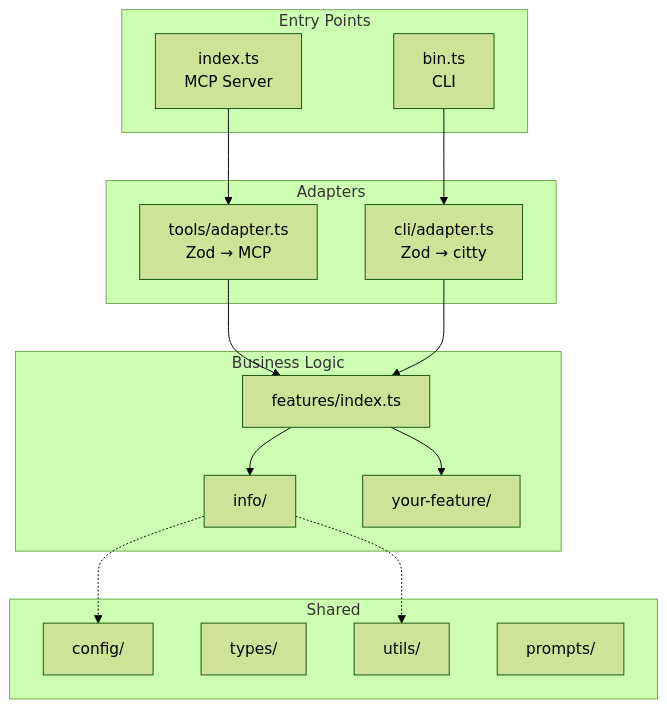
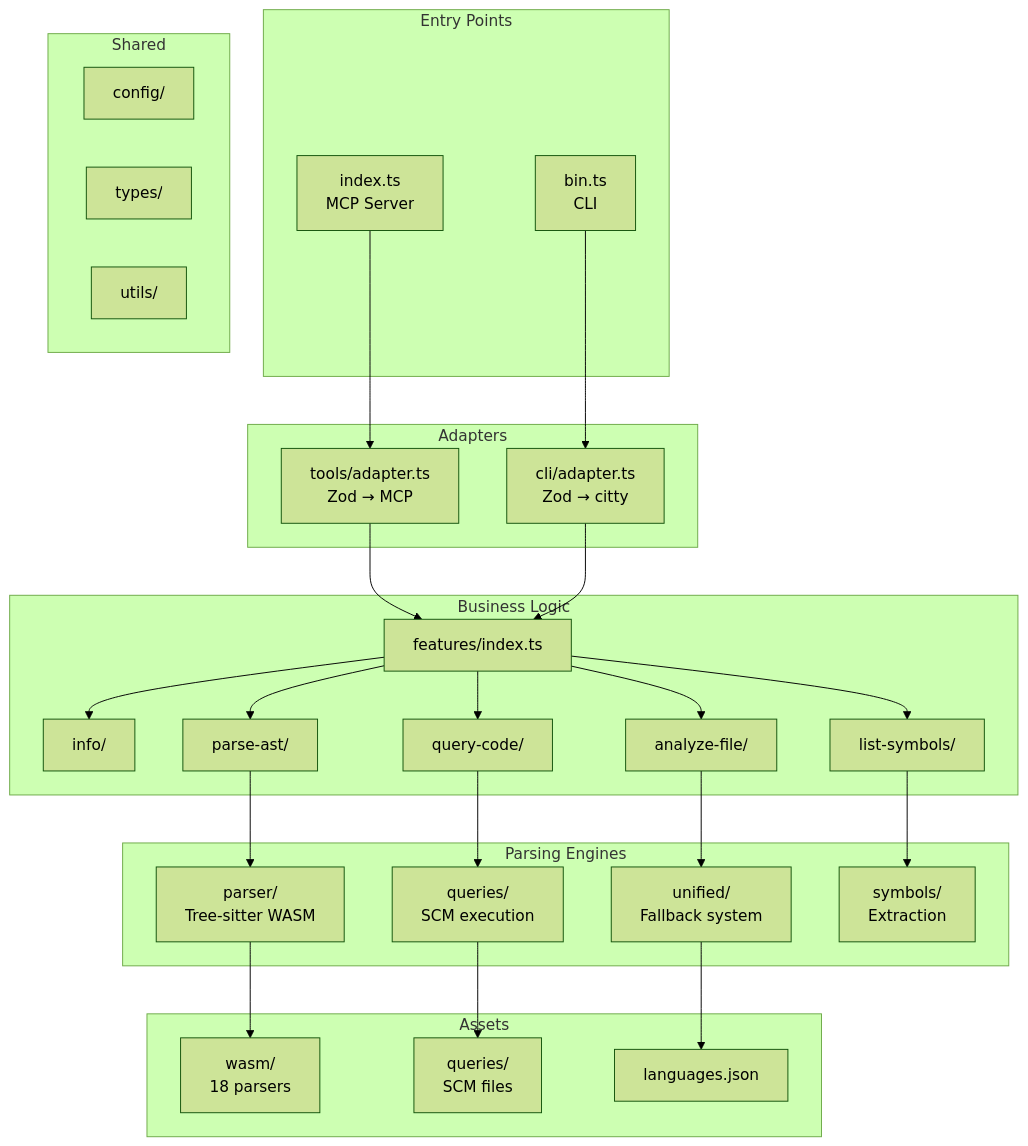
One commit to kvnpetit/structured-repo-context-mcp changed the first of 2 diagrams in GUIDE.md. Above: the diagram before and after it, drawn with Mermaid (forest theme). The commit also changed other lines of this file and 1 other file, not shown here.

First line of the commit message:
docs: update documentation for new code analysis features

````diff
--- a/GUIDE.md
+++ b/GUIDE.md
@@ -91,35 +112,59 @@
 ```mermaid
 graph TB
     subgraph Entry["Entry Points"]
         INDEX[index.ts<br/>MCP Server]
         BIN[bin.ts<br/>CLI]
     end
 
     subgraph Adapters["Adapters"]
         TOOLS[tools/adapter.ts<br/>Zod → MCP]
         CLI_ADAPT[cli/adapter.ts<br/>Zod → citty]
     end
 
-    subgraph Core["Business Logic"]
-        FEATURES[features/index.ts]
+    subgraph Features["Business Logic"]
+        FEAT_REG[features/index.ts]
         INFO[info/]
-        YOUR[your-feature/]
+        ANALYZE[analyze-file/]
+        PARSE[parse-ast/]
+        QUERY[query-code/]
+        SYMBOLS[list-symbols/]
+    end
+
+    subgraph Core["Parsing Engines"]
+        PARSER[parser/<br/>Tree-sitter WASM]
+        UNIFIED[unified/<br/>Fallback system]
+        QUERIES[queries/<br/>SCM execution]
+        SYMEXT[symbols/<br/>Extraction]
+    end
+
+    subgraph Assets["Assets"]
+        WASM[wasm/<br/>18 parsers]
+        SCM[queries/<br/>SCM files]
+        LANG[languages.json]
     end
 
     subgraph Shared["Shared"]
         CONFIG[config/]
         TYPES[types/]
         UTILS[utils/]
-        PROMPTS[prompts/]
     end
 
     INDEX --> TOOLS
     BIN --> CLI_ADAPT
-    TOOLS --> FEATURES
-    CLI_ADAPT --> FEATURES
-    FEATURES --> INFO
-    FEATURES --> YOUR
+    TOOLS --> FEAT_REG
+    CLI_ADAPT --> FEAT_REG
+    FEAT_REG --> INFO
+    FEAT_REG --> ANALYZE
+    FEAT_REG --> PARSE
+    FEAT_REG --> QUERY
+    FEAT_REG --> SYMBOLS
 
-    INFO -.-> CONFIG
-    INFO -.-> UTILS
+    ANALYZE --> UNIFIED
+    PARSE --> PARSER
+    QUERY --> QUERIES
+    SYMBOLS --> SYMEXT
+
+    PARSER --> WASM
+    QUERIES --> SCM
+    UNIFIED --> LANG
 ```
````
